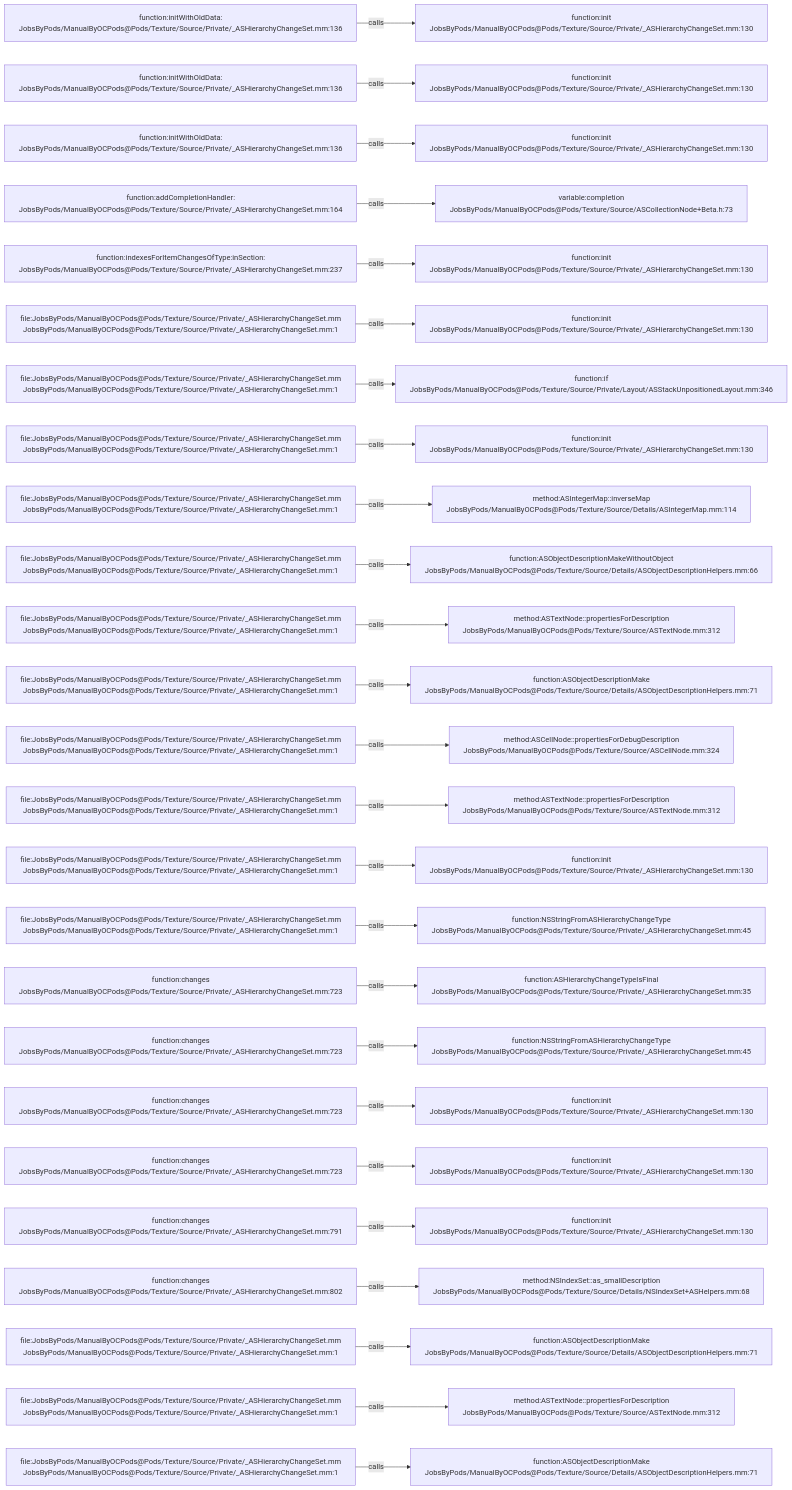
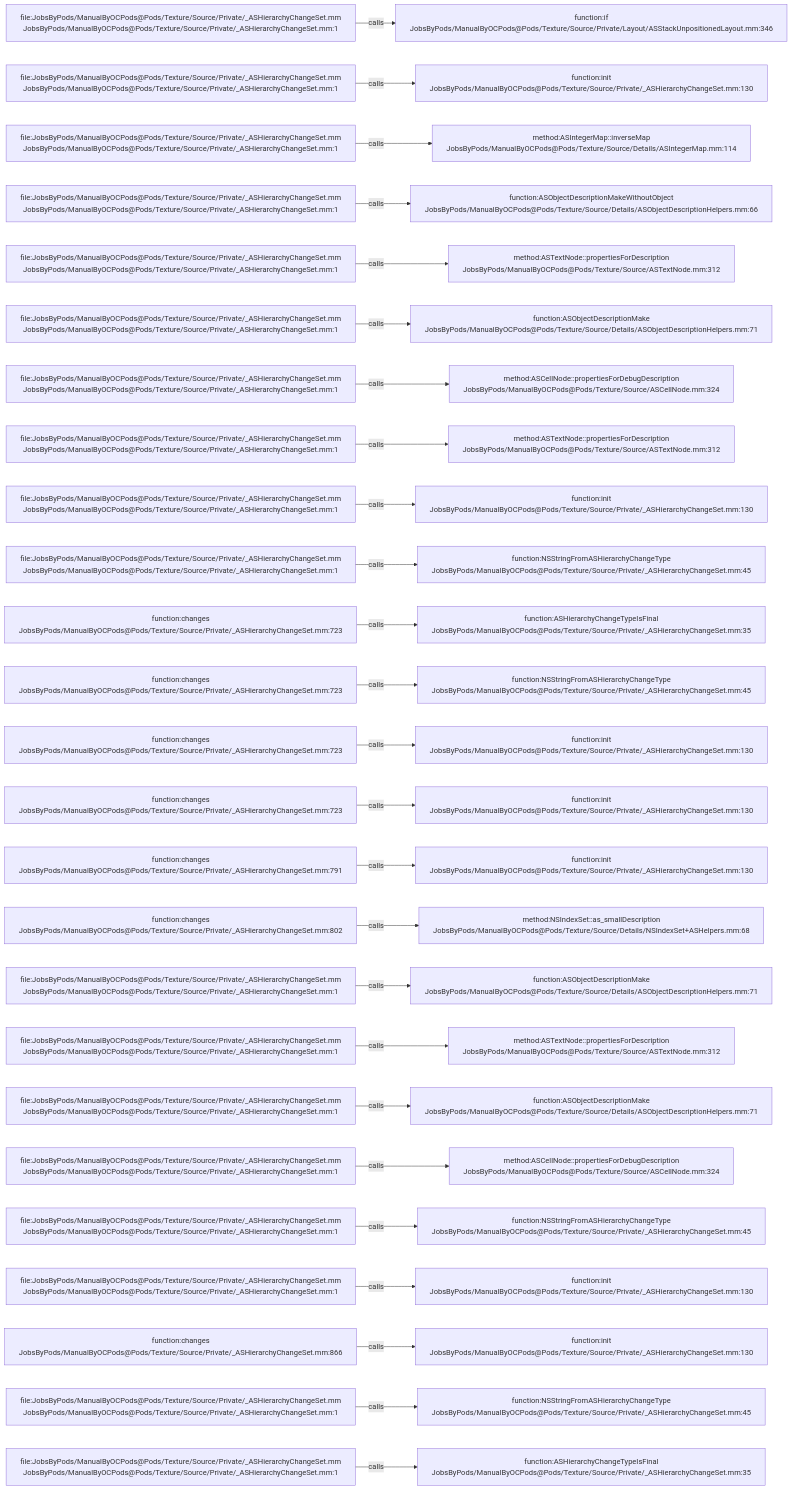
Before and after one commit to JobsKits/JobsOCBaseConfigDemo: the diagram in .codegraph/codegraph.md/graphs/calls-190.md, drawn with Mermaid. The commit also changed 666 other files, not shown here.

````diff
--- a/.codegraph/codegraph.md/graphs/calls-190.md
+++ b/.codegraph/codegraph.md/graphs/calls-190.md
@@ -13,78 +13,78 @@
 ```mermaid
 flowchart LR
-  S1["function:initWithOldData:<br/>JobsByPods/ManualByOCPods@Pods/Texture/Source/Private/_ASHierarchyChangeSet.mm:136"]
-  T1["function:init<br/>JobsByPods/ManualByOCPods@Pods/Texture/Source/Private/_ASHierarchyChangeSet.mm:130"]
+  S1["file:JobsByPods/ManualByOCPods@Pods/Texture/Source/Private/_ASHierarchyChangeSet.mm<br/>JobsByPods/ManualByOCPods@Pods/Texture/Source/Private/_ASHierarchyChangeSet.mm:1"]
+  T1["function:if<br/>JobsByPods/ManualByOCPods@Pods/Texture/Source/Private/Layout/ASStackUnpositionedLayout.mm:346"]
   S1 -->|calls| T1
-  S2["function:initWithOldData:<br/>JobsByPods/ManualByOCPods@Pods/Texture/Source/Private/_ASHierarchyChangeSet.mm:136"]
+  S2["file:JobsByPods/ManualByOCPods@Pods/Texture/Source/Private/_ASHierarchyChangeSet.mm<br/>JobsByPods/ManualByOCPods@Pods/Texture/Source/Private/_ASHierarchyChangeSet.mm:1"]
   T2["function:init<br/>JobsByPods/ManualByOCPods@Pods/Texture/Source/Private/_ASHierarchyChangeSet.mm:130"]
   S2 -->|calls| T2
-  S3["function:initWithOldData:<br/>JobsByPods/ManualByOCPods@Pods/Texture/Source/Private/_ASHierarchyChangeSet.mm:136"]
-  T3["function:init<br/>JobsByPods/ManualByOCPods@Pods/Texture/Source/Private/_ASHierarchyChangeSet.mm:130"]
+  S3["file:JobsByPods/ManualByOCPods@Pods/Texture/Source/Private/_ASHierarchyChangeSet.mm<br/>JobsByPods/ManualByOCPods@Pods/Texture/Source/Private/_ASHierarchyChangeSet.mm:1"]
+  T3["method:ASIntegerMap::inverseMap<br/>JobsByPods/ManualByOCPods@Pods/Texture/Source/Details/ASIntegerMap.mm:114"]
   S3 -->|calls| T3
-  S4["function:addCompletionHandler:<br/>JobsByPods/ManualByOCPods@Pods/Texture/Source/Private/_ASHierarchyChangeSet.mm:164"]
-  T4["variable:completion<br/>JobsByPods/ManualByOCPods@Pods/Texture/Source/ASCollectionNode+Beta.h:73"]
+  S4["file:JobsByPods/ManualByOCPods@Pods/Texture/Source/Private/_ASHierarchyChangeSet.mm<br/>JobsByPods/ManualByOCPods@Pods/Texture/Source/Private/_ASHierarchyChangeSet.mm:1"]
+  T4["function:ASObjectDescriptionMakeWithoutObject<br/>JobsByPods/ManualByOCPods@Pods/Texture/Source/Details/ASObjectDescriptionHelpers.mm:66"]
   S4 -->|calls| T4
-  S5["function:indexesForItemChangesOfType:inSection:<br/>JobsByPods/ManualByOCPods@Pods/Texture/Source/Private/_ASHierarchyChangeSet.mm:237"]
-  T5["function:init<br/>JobsByPods/ManualByOCPods@Pods/Texture/Source/Private/_ASHierarchyChangeSet.mm:130"]
+  S5["file:JobsByPods/ManualByOCPods@Pods/Texture/Source/Private/_ASHierarchyChangeSet.mm<br/>JobsByPods/ManualByOCPods@Pods/Texture/Source/Private/_ASHierarchyChangeSet.mm:1"]
+  T5["method:ASTextNode::propertiesForDescription<br/>JobsByPods/ManualByOCPods@Pods/Texture/Source/ASTextNode.mm:312"]
   S5 -->|calls| T5
   S6["file:JobsByPods/ManualByOCPods@Pods/Texture/Source/Private/_ASHierarchyChangeSet.mm<br/>JobsByPods/ManualByOCPods@Pods/Texture/Source/Private/_ASHierarchyChangeSet.mm:1"]
-  T6["function:init<br/>JobsByPods/ManualByOCPods@Pods/Texture/Source/Private/_ASHierarchyChangeSet.mm:130"]
+  T6["function:ASObjectDescriptionMake<br/>JobsByPods/ManualByOCPods@Pods/Texture/Source/Details/ASObjectDescriptionHelpers.mm:71"]
   S6 -->|calls| T6
   S7["file:JobsByPods/ManualByOCPods@Pods/Texture/Source/Private/_ASHierarchyChangeSet.mm<br/>JobsByPods/ManualByOCPods@Pods/Texture/Source/Private/_ASHierarchyChangeSet.mm:1"]
-  T7["function:if<br/>JobsByPods/ManualByOCPods@Pods/Texture/Source/Private/Layout/ASStackUnpositionedLayout.mm:346"]
+  T7["method:ASCellNode::propertiesForDebugDescription<br/>JobsByPods/ManualByOCPods@Pods/Texture/Source/ASCellNode.mm:324"]
   S7 -->|calls| T7
   S8["file:JobsByPods/ManualByOCPods@Pods/Texture/Source/Private/_ASHierarchyChangeSet.mm<br/>JobsByPods/ManualByOCPods@Pods/Texture/Source/Private/_ASHierarchyChangeSet.mm:1"]
-  T8["function:init<br/>JobsByPods/ManualByOCPods@Pods/Texture/Source/Private/_ASHierarchyChangeSet.mm:130"]
+  T8["method:ASTextNode::propertiesForDescription<br/>JobsByPods/ManualByOCPods@Pods/Texture/Source/ASTextNode.mm:312"]
   S8 -->|calls| T8
   S9["file:JobsByPods/ManualByOCPods@Pods/Texture/Source/Private/_ASHierarchyChangeSet.mm<br/>JobsByPods/ManualByOCPods@Pods/Texture/Source/Private/_ASHierarchyChangeSet.mm:1"]
-  T9["method:ASIntegerMap::inverseMap<br/>JobsByPods/ManualByOCPods@Pods/Texture/Source/Details/ASIntegerMap.mm:114"]
+  T9["function:init<br/>JobsByPods/ManualByOCPods@Pods/Texture/Source/Private/_ASHierarchyChangeSet.mm:130"]
   S9 -->|calls| T9
   S10["file:JobsByPods/ManualByOCPods@Pods/Texture/Source/Private/_ASHierarchyChangeSet.mm<br/>JobsByPods/ManualByOCPods@Pods/Texture/Source/Private/_ASHierarchyChangeSet.mm:1"]
-  T10["function:ASObjectDescriptionMakeWithoutObject<br/>JobsByPods/ManualByOCPods@Pods/Texture/Source/Details/ASObjectDescriptionHelpers.mm:66"]
+  T10["function:NSStringFromASHierarchyChangeType<br/>JobsByPods/ManualByOCPods@Pods/Texture/Source/Private/_ASHierarchyChangeSet.mm:45"]
   S10 -->|calls| T10
-  S11["file:JobsByPods/ManualByOCPods@Pods/Texture/Source/Private/_ASHierarchyChangeSet.mm<br/>JobsByPods/ManualByOCPods@Pods/Texture/Source/Private/_ASHierarchyChangeSet.mm:1"]
-  T11["method:ASTextNode::propertiesForDescription<br/>JobsByPods/ManualByOCPods@Pods/Texture/Source/ASTextNode.mm:312"]
+  S11["function:changes<br/>JobsByPods/ManualByOCPods@Pods/Texture/Source/Private/_ASHierarchyChangeSet.mm:723"]
+  T11["function:ASHierarchyChangeTypeIsFinal<br/>JobsByPods/ManualByOCPods@Pods/Texture/Source/Private/_ASHierarchyChangeSet.mm:35"]
   S11 -->|calls| T11
-  S12["file:JobsByPods/ManualByOCPods@Pods/Texture/Source/Private/_ASHierarchyChangeSet.mm<br/>JobsByPods/ManualByOCPods@Pods/Texture/Source/Private/_ASHierarchyChangeSet.mm:1"]
-  T12["function:ASObjectDescriptionMake<br/>JobsByPods/ManualByOCPods@Pods/Texture/Source/Details/ASObjectDescriptionHelpers.mm:71"]
+  S12["function:changes<br/>JobsByPods/ManualByOCPods@Pods/Texture/Source/Private/_ASHierarchyChangeSet.mm:723"]
+  T12["function:NSStringFromASHierarchyChangeType<br/>JobsByPods/ManualByOCPods@Pods/Texture/Source/Private/_ASHierarchyChangeSet.mm:45"]
   S12 -->|calls| T12
-  S13["file:JobsByPods/ManualByOCPods@Pods/Texture/Source/Private/_ASHierarchyChangeSet.mm<br/>JobsByPods/ManualByOCPods@Pods/Texture/Source/Private/_ASHierarchyChangeSet.mm:1"]
-  T13["method:ASCellNode::propertiesForDebugDescription<br/>JobsByPods/ManualByOCPods@Pods/Texture/Source/ASCellNode.mm:324"]
+  S13["function:changes<br/>JobsByPods/ManualByOCPods@Pods/Texture/Source/Private/_ASHierarchyChangeSet.mm:723"]
+  T13["function:init<br/>JobsByPods/ManualByOCPods@Pods/Texture/Source/Private/_ASHierarchyChangeSet.mm:130"]
   S13 -->|calls| T13
-  S14["file:JobsByPods/ManualByOCPods@Pods/Texture/Source/Private/_ASHierarchyChangeSet.mm<br/>JobsByPods/ManualByOCPods@Pods/Texture/Source/Private/_ASHierarchyChangeSet.mm:1"]
-  T14["method:ASTextNode::propertiesForDescription<br/>JobsByPods/ManualByOCPods@Pods/Texture/Source/ASTextNode.mm:312"]
+  S14["function:changes<br/>JobsByPods/ManualByOCPods@Pods/Texture/Source/Private/_ASHierarchyChangeSet.mm:723"]
+  T14["function:init<br/>JobsByPods/ManualByOCPods@Pods/Texture/Source/Private/_ASHierarchyChangeSet.mm:130"]
   S14 -->|calls| T14
-  S15["file:JobsByPods/ManualByOCPods@Pods/Texture/Source/Private/_ASHierarchyChangeSet.mm<br/>JobsByPods/ManualByOCPods@Pods/Texture/Source/Private/_ASHierarchyChangeSet.mm:1"]
+  S15["function:changes<br/>JobsByPods/ManualByOCPods@Pods/Texture/Source/Private/_ASHierarchyChangeSet.mm:791"]
   T15["function:init<br/>JobsByPods/ManualByOCPods@Pods/Texture/Source/Private/_ASHierarchyChangeSet.mm:130"]
   S15 -->|calls| T15
-  S16["file:JobsByPods/ManualByOCPods@Pods/Texture/Source/Private/_ASHierarchyChangeSet.mm<br/>JobsByPods/ManualByOCPods@Pods/Texture/Source/Private/_ASHierarchyChangeSet.mm:1"]
-  T16["function:NSStringFromASHierarchyChangeType<br/>JobsByPods/ManualByOCPods@Pods/Texture/Source/Private/_ASHierarchyChangeSet.mm:45"]
+  S16["function:changes<br/>JobsByPods/ManualByOCPods@Pods/Texture/Source/Private/_ASHierarchyChangeSet.mm:802"]
+  T16["method:NSIndexSet::as_smallDescription<br/>JobsByPods/ManualByOCPods@Pods/Texture/Source/Details/NSIndexSet+ASHelpers.mm:68"]
   S16 -->|calls| T16
-  S17["function:changes<br/>JobsByPods/ManualByOCPods@Pods/Texture/Source/Private/_ASHierarchyChangeSet.mm:723"]
-  T17["function:ASHierarchyChangeTypeIsFinal<br/>JobsByPods/ManualByOCPods@Pods/Texture/Source/Private/_ASHierarchyChangeSet.mm:35"]
+  S17["file:JobsByPods/ManualByOCPods@Pods/Texture/Source/Private/_ASHierarchyChangeSet.mm<br/>JobsByPods/ManualByOCPods@Pods/Texture/Source/Private/_ASHierarchyChangeSet.mm:1"]
+  T17["function:ASObjectDescriptionMake<br/>JobsByPods/ManualByOCPods@Pods/Texture/Source/Details/ASObjectDescriptionHelpers.mm:71"]
   S17 -->|calls| T17
-  S18["function:changes<br/>JobsByPods/ManualByOCPods@Pods/Texture/Source/Private/_ASHierarchyChangeSet.mm:723"]
-  T18["function:NSStringFromASHierarchyChangeType<br/>JobsByPods/ManualByOCPods@Pods/Texture/Source/Private/_ASHierarchyChangeSet.mm:45"]
+  S18["file:JobsByPods/ManualByOCPods@Pods/Texture/Source/Private/_ASHierarchyChangeSet.mm<br/>JobsByPods/ManualByOCPods@Pods/Texture/Source/Private/_ASHierarchyChangeSet.mm:1"]
+  T18["method:ASTextNode::propertiesForDescription<br/>JobsByPods/ManualByOCPods@Pods/Texture/Source/ASTextNode.mm:312"]
   S18 -->|calls| T18
-  S19["function:changes<br/>JobsByPods/ManualByOCPods@Pods/Texture/Source/Private/_ASHierarchyChangeSet.mm:723"]
-  T19["function:init<br/>JobsByPods/ManualByOCPods@Pods/Texture/Source/Private/_ASHierarchyChangeSet.mm:130"]
+  S19["file:JobsByPods/ManualByOCPods@Pods/Texture/Source/Private/_ASHierarchyChangeSet.mm<br/>JobsByPods/ManualByOCPods@Pods/Texture/Source/Private/_ASHierarchyChangeSet.mm:1"]
+  T19["function:ASObjectDescriptionMake<br/>JobsByPods/ManualByOCPods@Pods/Texture/Source/Details/ASObjectDescriptionHelpers.mm:71"]
   S19 -->|calls| T19
-  S20["function:changes<br/>JobsByPods/ManualByOCPods@Pods/Texture/Source/Private/_ASHierarchyChangeSet.mm:723"]
-  T20["function:init<br/>JobsByPods/ManualByOCPods@Pods/Texture/Source/Private/_ASHierarchyChangeSet.mm:130"]
+  S20["file:JobsByPods/ManualByOCPods@Pods/Texture/Source/Private/_ASHierarchyChangeSet.mm<br/>JobsByPods/ManualByOCPods@Pods/Texture/Source/Private/_ASHierarchyChangeSet.mm:1"]
+  T20["method:ASCellNode::propertiesForDebugDescription<br/>JobsByPods/ManualByOCPods@Pods/Texture/Source/ASCellNode.mm:324"]
   S20 -->|calls| T20
-  S21["function:changes<br/>JobsByPods/ManualByOCPods@Pods/Texture/Source/Private/_ASHierarchyChangeSet.mm:791"]
-  T21["function:init<br/>JobsByPods/ManualByOCPods@Pods/Texture/Source/Private/_ASHierarchyChangeSet.mm:130"]
+  S21["file:JobsByPods/ManualByOCPods@Pods/Texture/Source/Private/_ASHierarchyChangeSet.mm<br/>JobsByPods/ManualByOCPods@Pods/Texture/Source/Private/_ASHierarchyChangeSet.mm:1"]
+  T21["function:NSStringFromASHierarchyChangeType<br/>JobsByPods/ManualByOCPods@Pods/Texture/Source/Private/_ASHierarchyChangeSet.mm:45"]
   S21 -->|calls| T21
-  S22["function:changes<br/>JobsByPods/ManualByOCPods@Pods/Texture/Source/Private/_ASHierarchyChangeSet.mm:802"]
-  T22["method:NSIndexSet::as_smallDescription<br/>JobsByPods/ManualByOCPods@Pods/Texture/Source/Details/NSIndexSet+ASHelpers.mm:68"]
+  S22["file:JobsByPods/ManualByOCPods@Pods/Texture/Source/Private/_ASHierarchyChangeSet.mm<br/>JobsByPods/ManualByOCPods@Pods/Texture/Source/Private/_ASHierarchyChangeSet.mm:1"]
+  T22["function:init<br/>JobsByPods/ManualByOCPods@Pods/Texture/Source/Private/_ASHierarchyChangeSet.mm:130"]
   S22 -->|calls| T22
-  S23["file:JobsByPods/ManualByOCPods@Pods/Texture/Source/Private/_ASHierarchyChangeSet.mm<br/>JobsByPods/ManualByOCPods@Pods/Texture/Source/Private/_ASHierarchyChangeSet.mm:1"]
-  T23["function:ASObjectDescriptionMake<br/>JobsByPods/ManualByOCPods@Pods/Texture/Source/Details/ASObjectDescriptionHelpers.mm:71"]
+  S23["function:changes<br/>JobsByPods/ManualByOCPods@Pods/Texture/Source/Private/_ASHierarchyChangeSet.mm:866"]
+  T23["function:init<br/>JobsByPods/ManualByOCPods@Pods/Texture/Source/Private/_ASHierarchyChangeSet.mm:130"]
   S23 -->|calls| T23
   S24["file:JobsByPods/ManualByOCPods@Pods/Texture/Source/Private/_ASHierarchyChangeSet.mm<br/>JobsByPods/ManualByOCPods@Pods/Texture/Source/Private/_ASHierarchyChangeSet.mm:1"]
-  T24["method:ASTextNode::propertiesForDescription<br/>JobsByPods/ManualByOCPods@Pods/Texture/Source/ASTextNode.mm:312"]
+  T24["function:NSStringFromASHierarchyChangeType<br/>JobsByPods/ManualByOCPods@Pods/Texture/Source/Private/_ASHierarchyChangeSet.mm:45"]
   S24 -->|calls| T24
   S25["file:JobsByPods/ManualByOCPods@Pods/Texture/Source/Private/_ASHierarchyChangeSet.mm<br/>JobsByPods/ManualByOCPods@Pods/Texture/Source/Private/_ASHierarchyChangeSet.mm:1"]
-  T25["function:ASObjectDescriptionMake<br/>JobsByPods/ManualByOCPods@Pods/Texture/Source/Details/ASObjectDescriptionHelpers.mm:71"]
+  T25["function:ASHierarchyChangeTypeIsFinal<br/>JobsByPods/ManualByOCPods@Pods/Texture/Source/Private/_ASHierarchyChangeSet.mm:35"]
   S25 -->|calls| T25
 ```
````
